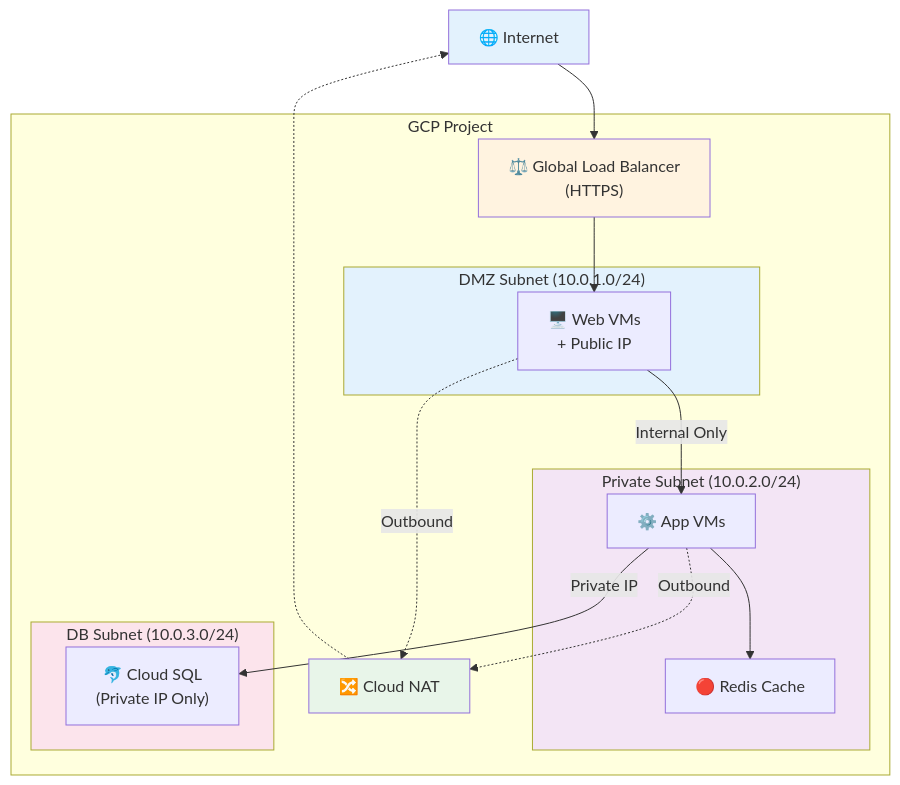
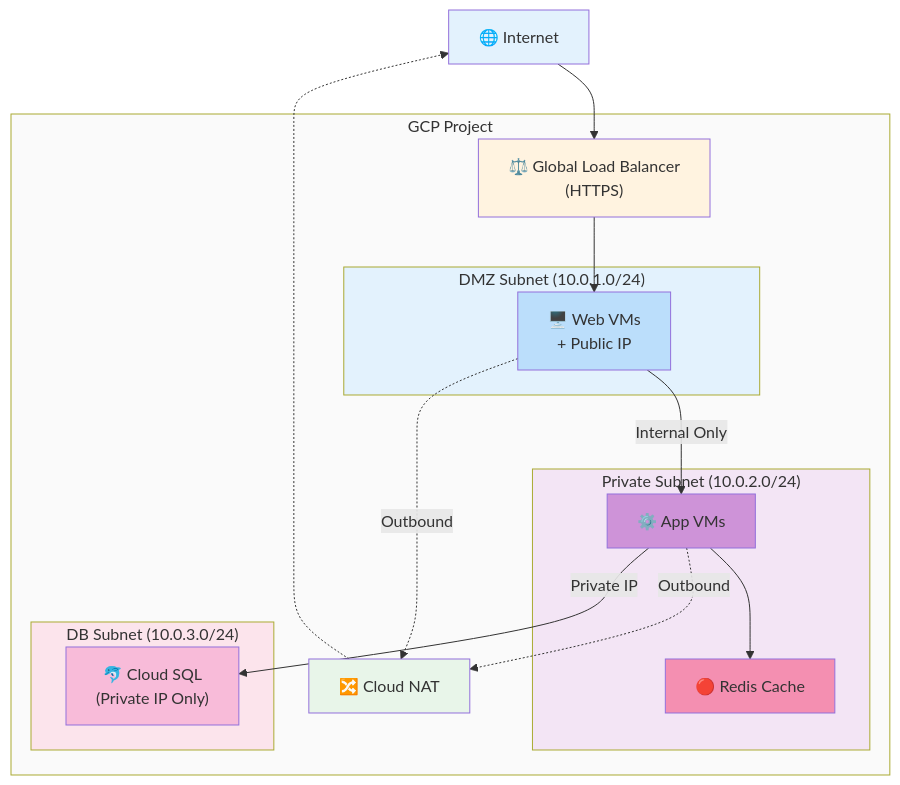
Before and after one commit to JSJ2337/GCP_terraform_code: the second of 2 diagrams in terraform_gcp_infra/README.md, drawn with Mermaid. The commit also changed other lines of this file, not shown here.

First line of the commit message:
docs: Mermaid 다이어그램 텍스트 색상 추가 (가독성 개선)

````diff
--- a/terraform_gcp_infra/README.md
+++ b/terraform_gcp_infra/README.md
@@ -175,39 +182,44 @@
 ```mermaid
 flowchart TB
     INET["🌐 Internet"]
 
     subgraph GCP["GCP Project"]
         LB["⚖️ Global Load Balancer<br/>(HTTPS)"]
         NAT["🔀 Cloud NAT"]
 
         subgraph DMZ["DMZ Subnet (10.0.1.0/24)"]
             WEB["🖥️ Web VMs<br/>+ Public IP"]
         end
 
         subgraph Private["Private Subnet (10.0.2.0/24)"]
             APP["⚙️ App VMs"]
             REDIS["🔴 Redis Cache"]
         end
 
         subgraph DB["DB Subnet (10.0.3.0/24)"]
             SQL["🐬 Cloud SQL<br/>(Private IP Only)"]
         end
     end
 
     INET --> LB
     LB --> WEB
     WEB -.->|Outbound| NAT
     APP -.->|Outbound| NAT
     NAT -.-> INET
 
     WEB -->|Internal Only| APP
     APP --> REDIS
     APP -->|Private IP| SQL
 
-    style INET fill:#e3f2fd
-    style LB fill:#fff3e0
-    style NAT fill:#e8f5e9
-    style DMZ fill:#e3f2fd
-    style Private fill:#f3e5f5
-    style DB fill:#fce4ec
+    style INET fill:#e3f2fd,color:#333
+    style LB fill:#fff3e0,color:#333
+    style NAT fill:#e8f5e9,color:#333
+    style DMZ fill:#e3f2fd,color:#333
+    style Private fill:#f3e5f5,color:#333
+    style DB fill:#fce4ec,color:#333
+    style GCP fill:#fafafa,color:#333
+    style WEB fill:#bbdefb,color:#333
+    style APP fill:#ce93d8,color:#333
+    style REDIS fill:#f48fb1,color:#333
+    style SQL fill:#f8bbd9,color:#333
 ```
````
